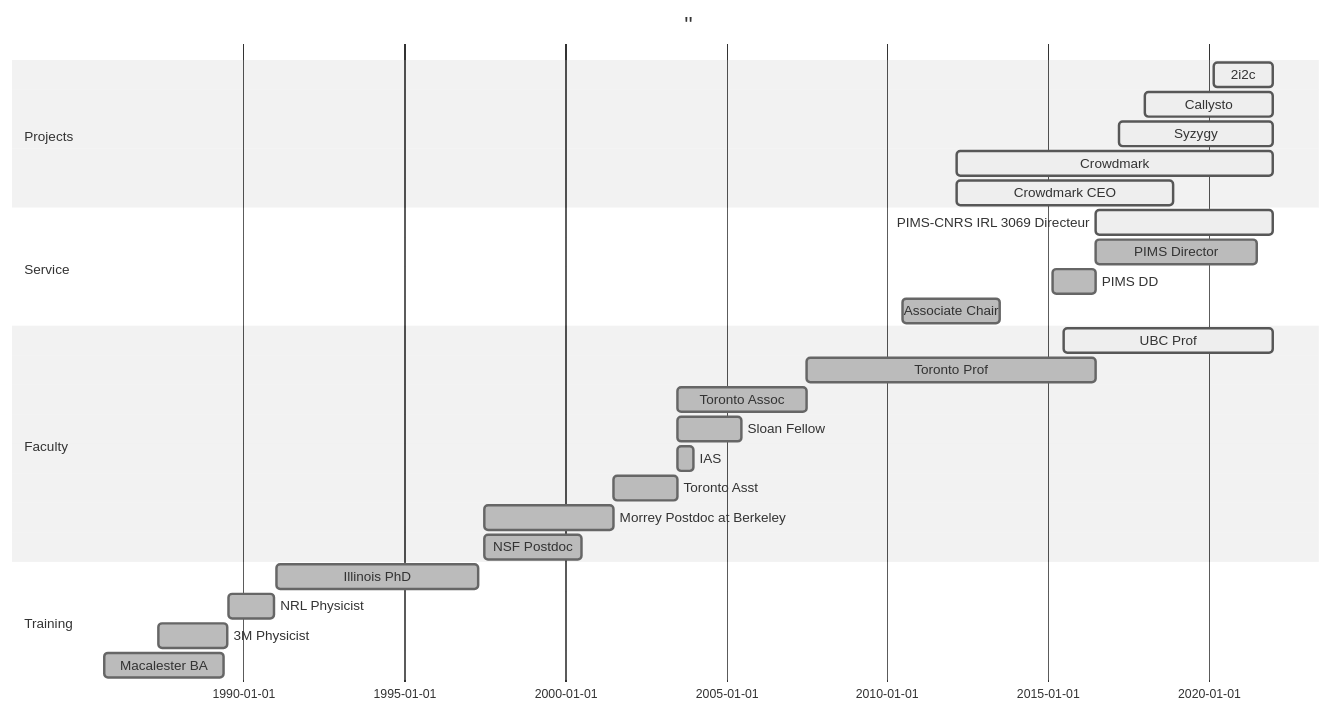
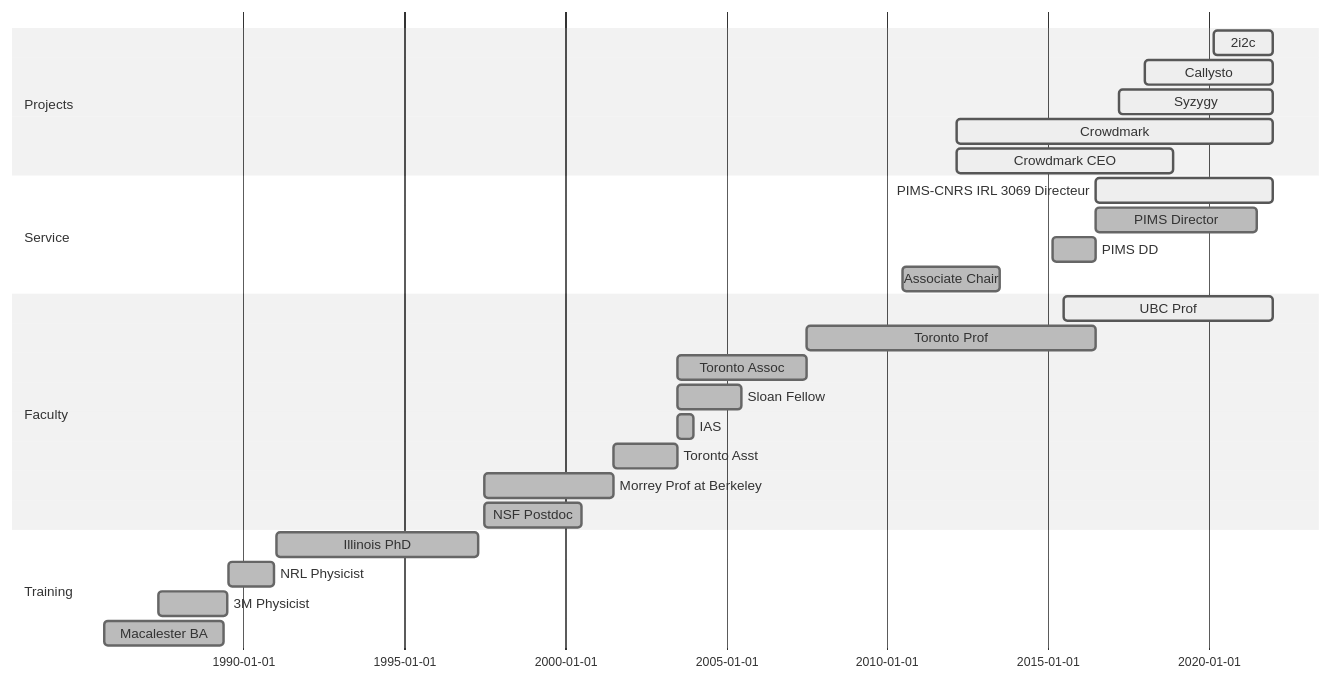
The diagram in content/home/gantt.md (colliand/colliand-academic), drawn with Mermaid (neutral theme) before and after one commit.

Commit message:
update gantt

````diff
--- a/content/home/gantt.md
+++ b/content/home/gantt.md
@@ -14,30 +14,30 @@
 ```mermaid
 gantt
     dateFormat  YYYY-MM-DD
-    title       ''
+    title      
     section Projects
     2i2c  :active, p5, 2020-02-25,2021-12-31
     Callysto :active, p4, 2018-01-15,2021-12-31
     Syzygy :active, p3, 2017-03-15, 2021-12-31
     Crowdmark :active, p2, 2012-03-01, 2021-12-31
     Crowdmark CEO :active, p1, 2012-03-01, 2018-11-30
     section Service 
     PIMS-CNRS IRL 3069 Directeur :active, 2016-07-01, 2021-12-31
     PIMS Director :done, a4, 2016-07-01, 2021-06-30
     PIMS DD :done, a3, 2015-03-01, 2016-06-30
     Associate Chair :done, a2, 2010-07-01, 2013-06-30
     section Faculty
     UBC Prof      :active, f6, 2015-07-01, 2021-12-31
     Toronto Prof  :done, f5, 2007-07-01, 2016-06-30
     Toronto Assoc :done, f2, 2003-07-01,2007-06-30
     Sloan Fellow  :done, f3, 2003-07-01, 2005-06-30
     IAS    :done, f4, 2003-07-01, 2003-12-31 
     Toronto Asst  :done, f1, 2001-07-03, 2003-06-30
-    Morrey Postdoc at Berkeley  :done, t5, 1997-07-01, 2001-06-30
+    Morrey Prof at Berkeley  :done, t5, 1997-07-01, 2001-06-30
     NSF Postdoc   :done, t6, 1997-07-01, 2000-06-30
     section Training
     Illinois PhD  :done, t4, 1991-01-15, 1997-04-15
     NRL Physicist :done, t3, 1989-07-15, 1990-12-15 
     3M Physicist     :done, t2, 1987-05-15, 1989-06-30
     Macalester BA :done, t1, 1985-09-01, 1989-05-15
 ```
````
